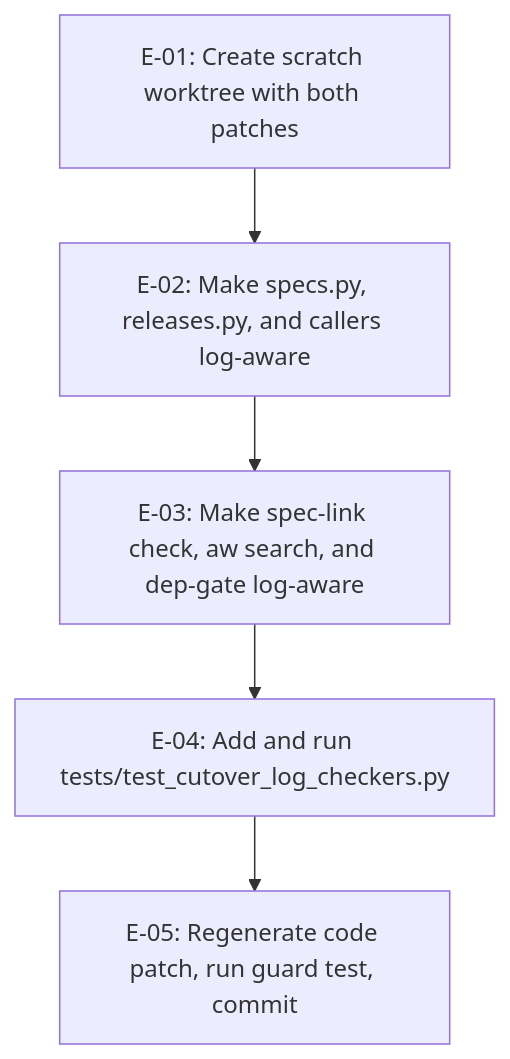
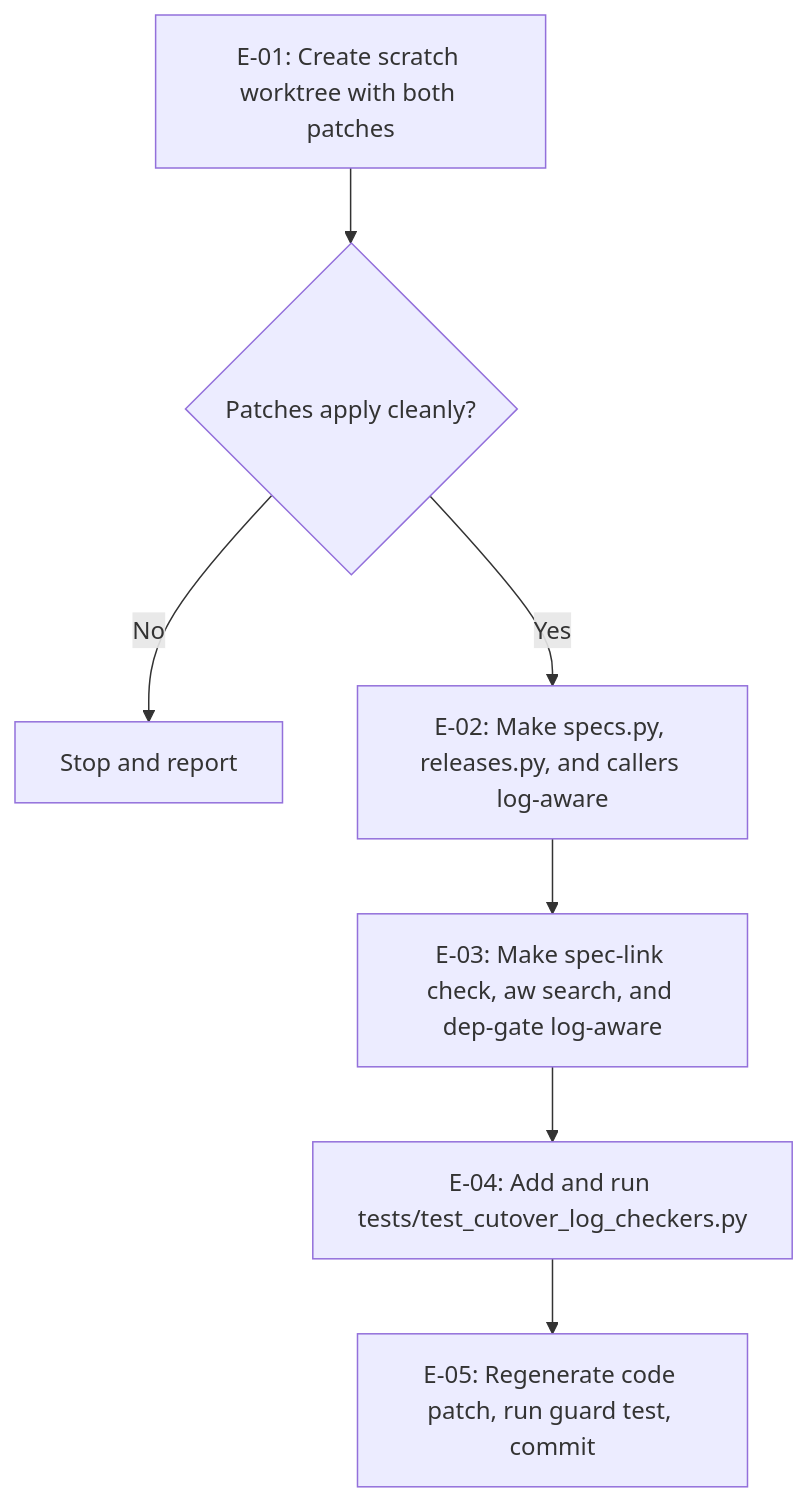
Before and after one commit to fariello/agent-workflows: the diagram in .aw/records/plans/pending/20261125-metastore-315-szykgd-make-specs-releases-spec-link-search-and-dep-gate-log-aware.ipd.md, drawn with Mermaid. The commit also changed other lines of this file and 1 other file, not shown here.

````diff
--- a/.aw/records/plans/pending/20261125-metastore-315-szykgd-make-specs-releases-spec-link-search-and-dep-gate-log-aware.ipd.md
+++ b/.aw/records/plans/pending/20261125-metastore-315-szykgd-make-specs-releases-spec-link-search-and-dep-gate-log-aware.ipd.md
@@ -121,7 +123,9 @@
 ```mermaid
 flowchart TD
-    E01["E-01: Create scratch worktree with both patches"] --> E02["E-02: Make specs.py, releases.py, and callers log-aware"]
+    E01["E-01: Create scratch worktree with both patches"] --> P{"Patches apply cleanly?"}
+    P -->|No| STOP["Stop and report"]
+    P -->|Yes| E02["E-02: Make specs.py, releases.py, and callers log-aware"]
     E02 --> E03["E-03: Make spec-link check, aw search, and dep-gate log-aware"]
     E03 --> E04["E-04: Add and run tests/test_cutover_log_checkers.py"]
     E04 --> E05["E-05: Regenerate code patch, run guard test, commit"]
 ```
````
